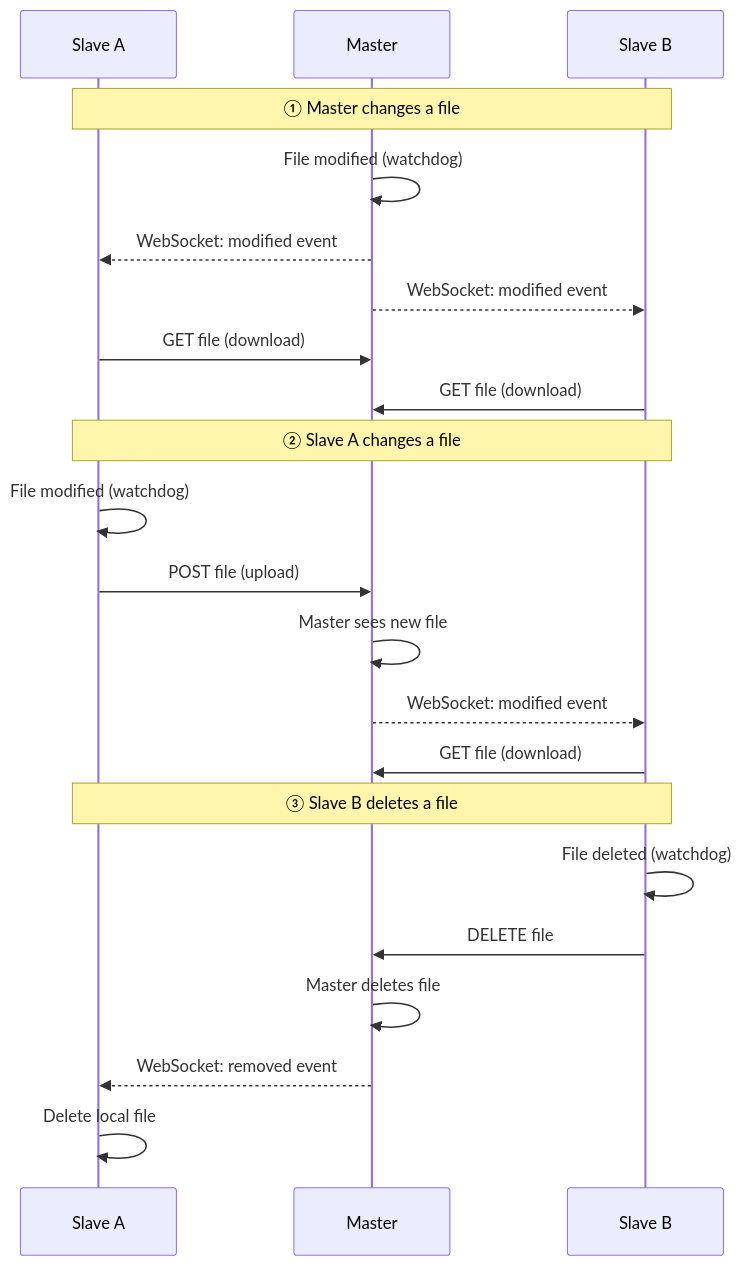
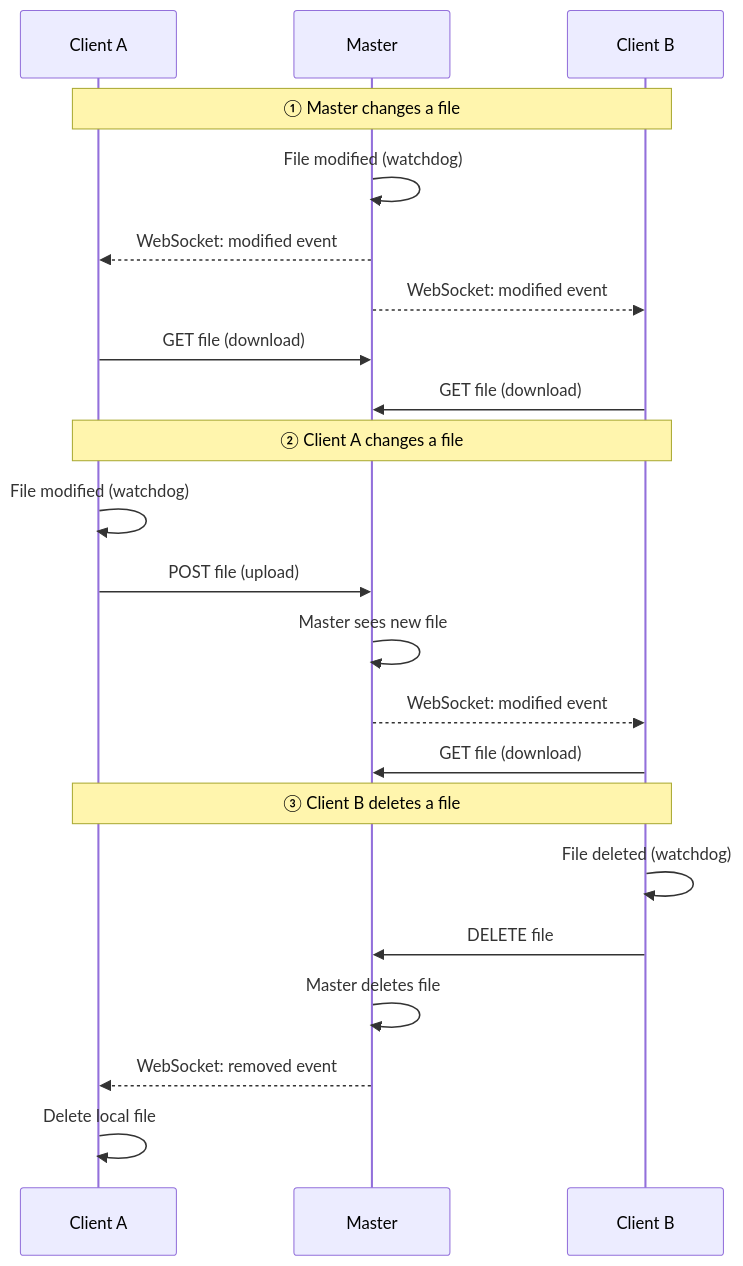
The fifth of 7 diagrams in docs/lan-mode.md (albertsdk/hsync-client), drawn with Mermaid before and after one commit. The commit also changed other lines of this file and 12 other files, not shown here.

Commit message:
Refactor terminology: user-friendly GUI terms, slave->client

````diff
--- a/docs/lan-mode.md
+++ b/docs/lan-mode.md
@@ -172,27 +172,27 @@
 ```mermaid
 sequenceDiagram
-    participant A as Slave A
+    participant A as Client A
     participant M as Master
-    participant B as Slave B
+    participant B as Client B
 
     Note over A,B: ① Master changes a file
     M->>M: File modified (watchdog)
     M-->>A: WebSocket: modified event
     M-->>B: WebSocket: modified event
     A->>M: GET file (download)
     B->>M: GET file (download)
 
-    Note over A,B: ② Slave A changes a file
+    Note over A,B: ② Client A changes a file
     A->>A: File modified (watchdog)
     A->>M: POST file (upload)
     M->>M: Master sees new file
     M-->>B: WebSocket: modified event
     B->>M: GET file (download)
 
-    Note over A,B: ③ Slave B deletes a file
+    Note over A,B: ③ Client B deletes a file
     B->>B: File deleted (watchdog)
     B->>M: DELETE file
     M->>M: Master deletes file
     M-->>A: WebSocket: removed event
     A->>A: Delete local file
 ```
````
